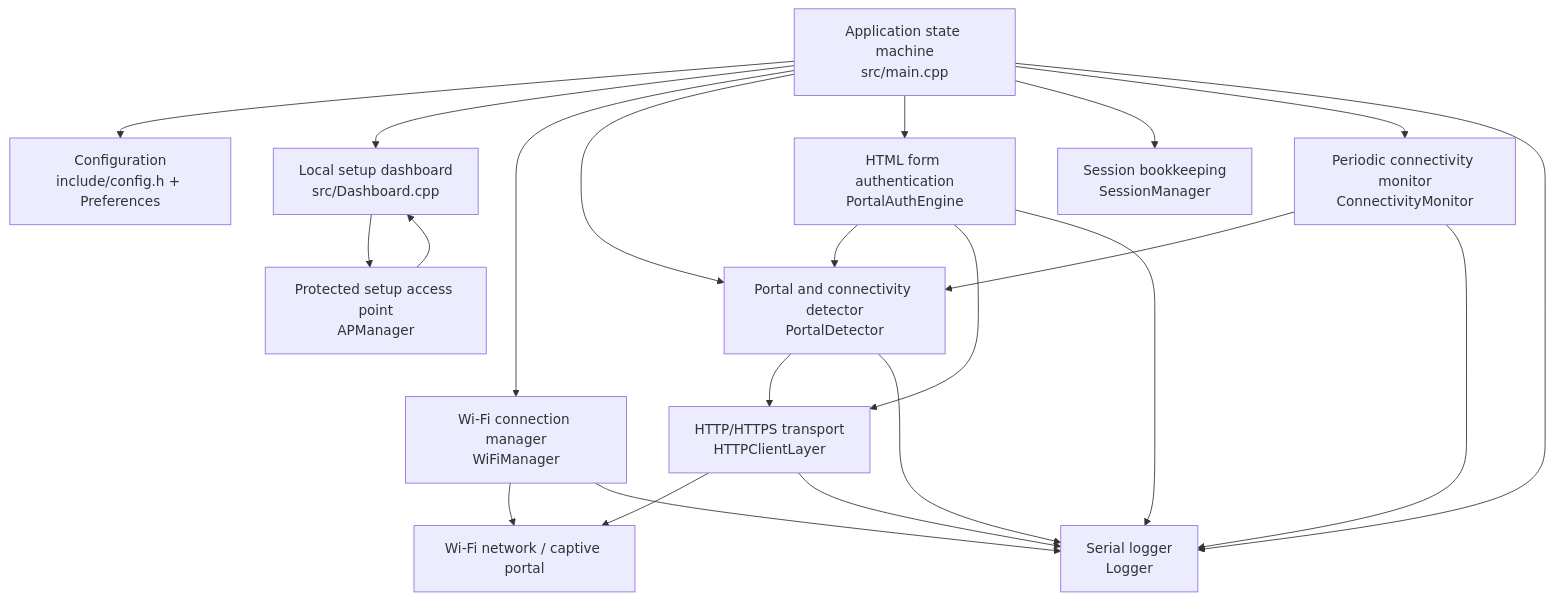
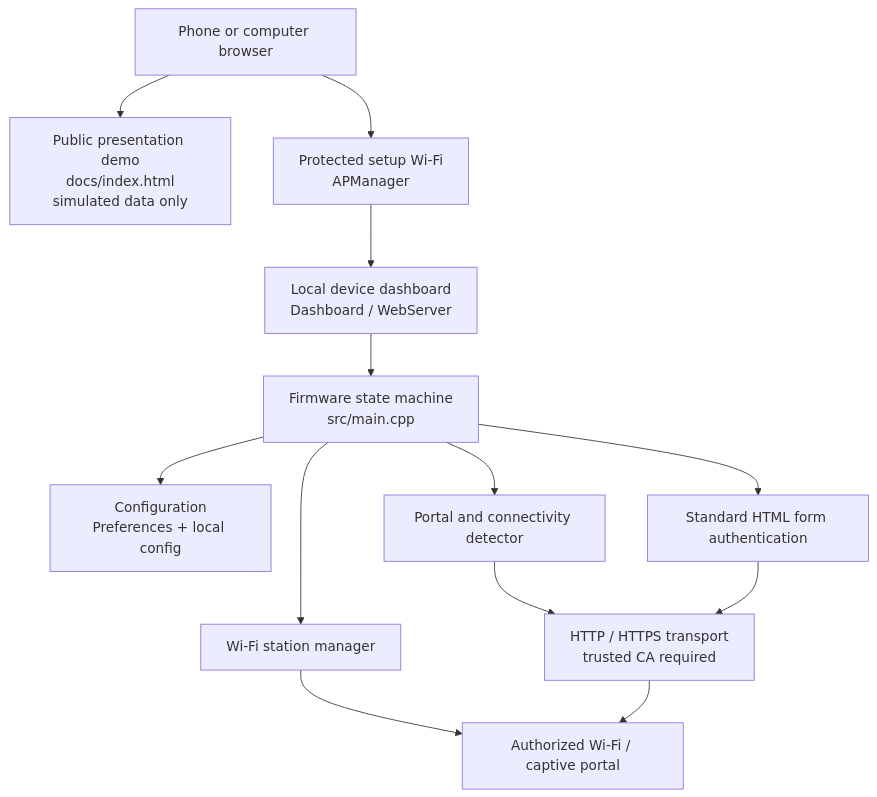
Before and after one commit to Mradul-Consultancy/SetuNet: the diagram in README.md, drawn with Mermaid. The commit also changed other lines of this file, not shown here.

````diff
--- a/README.md
+++ b/README.md
@@ -46,37 +100,27 @@
 ```mermaid
 flowchart TD
-    Main["Application state machine<br/>src/main.cpp"]
-    Dashboard["Local setup dashboard<br/>src/Dashboard.cpp"]
-    SetupAP["Protected setup access point<br/>APManager"]
-    Config["Configuration<br/>include/config.h + Preferences"]
-    WiFi["Wi-Fi connection manager<br/>WiFiManager"]
-    Detect["Portal and connectivity detector<br/>PortalDetector"]
-    Auth["HTML form authentication<br/>PortalAuthEngine"]
-    HTTP["HTTP/HTTPS transport<br/>HTTPClientLayer"]
-    Session["Session bookkeeping<br/>SessionManager"]
-    Monitor["Periodic connectivity monitor<br/>ConnectivityMonitor"]
-    Network["Wi-Fi network / captive portal"]
-    Logger["Serial logger<br/>Logger"]
+    Browser["Phone or computer browser"]
+    Demo["Public presentation demo<br/>docs/index.html<br/>simulated data only"]
+    Setup["Protected setup Wi-Fi<br/>APManager"]
+    Dashboard["Local device dashboard<br/>Dashboard / WebServer"]
+    Main["Firmware state machine<br/>src/main.cpp"]
+    Config["Configuration<br/>Preferences + local config"]
+    WiFi["Wi-Fi station manager"]
+    Detect["Portal and connectivity detector"]
+    Auth["Standard HTML form authentication"]
+    HTTP["HTTP / HTTPS transport<br/>trusted CA required"]
+    Portal["Authorized Wi-Fi / captive portal"]
 
+    Browser --> Demo
+    Browser --> Setup
+    Setup --> Dashboard
+    Dashboard --> Main
     Main --> Config
-    Main --> Dashboard
-    Dashboard --> SetupAP
     Main --> WiFi
     Main --> Detect
     Main --> Auth
-    Main --> Session
-    Main --> Monitor
-    WiFi --> Network
-    SetupAP --> Dashboard
     Detect --> HTTP
-    Auth --> Detect
     Auth --> HTTP
-    HTTP --> Network
-    Monitor --> Detect
-    Main --> Logger
-    WiFi --> Logger
-    Detect --> Logger
-    Auth --> Logger
-    HTTP --> Logger
-    Monitor --> Logger
+    WiFi --> Portal
+    HTTP --> Portal
 ```
````
